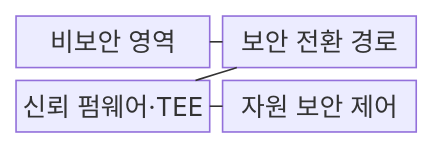
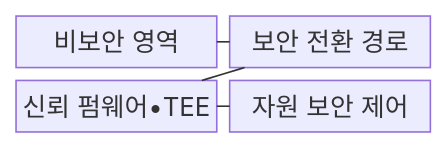
One commit to agnusdei1207/knowledge-base changed the first of 2 diagrams in src/content/docs/notes/02-hardware/064_arm_trustzone.md. Above: the diagram before and after it, drawn with Mermaid. The commit also changed other lines of this file and 953 other files, not shown here.

````diff
--- a/src/content/docs/notes/02-hardware/064_arm_trustzone.md
+++ b/src/content/docs/notes/02-hardware/064_arm_trustzone.md
@@ -69,11 +69,11 @@
 ```mermaid
 block
   columns 2
   A["비보안 영역"]
   B["보안 전환 경로"]
-  C["신뢰 펌웨어·TEE"]
+  C["신뢰 펌웨어•TEE"]
   D["자원 보안 제어"]
   A --- B
   B --- C
   C --- D
 ```
````
